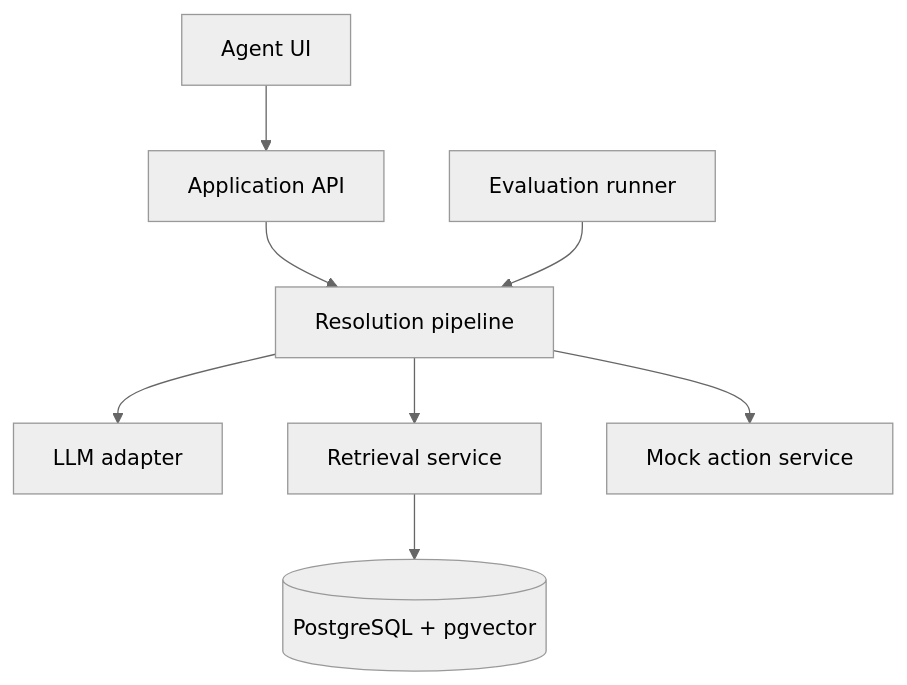
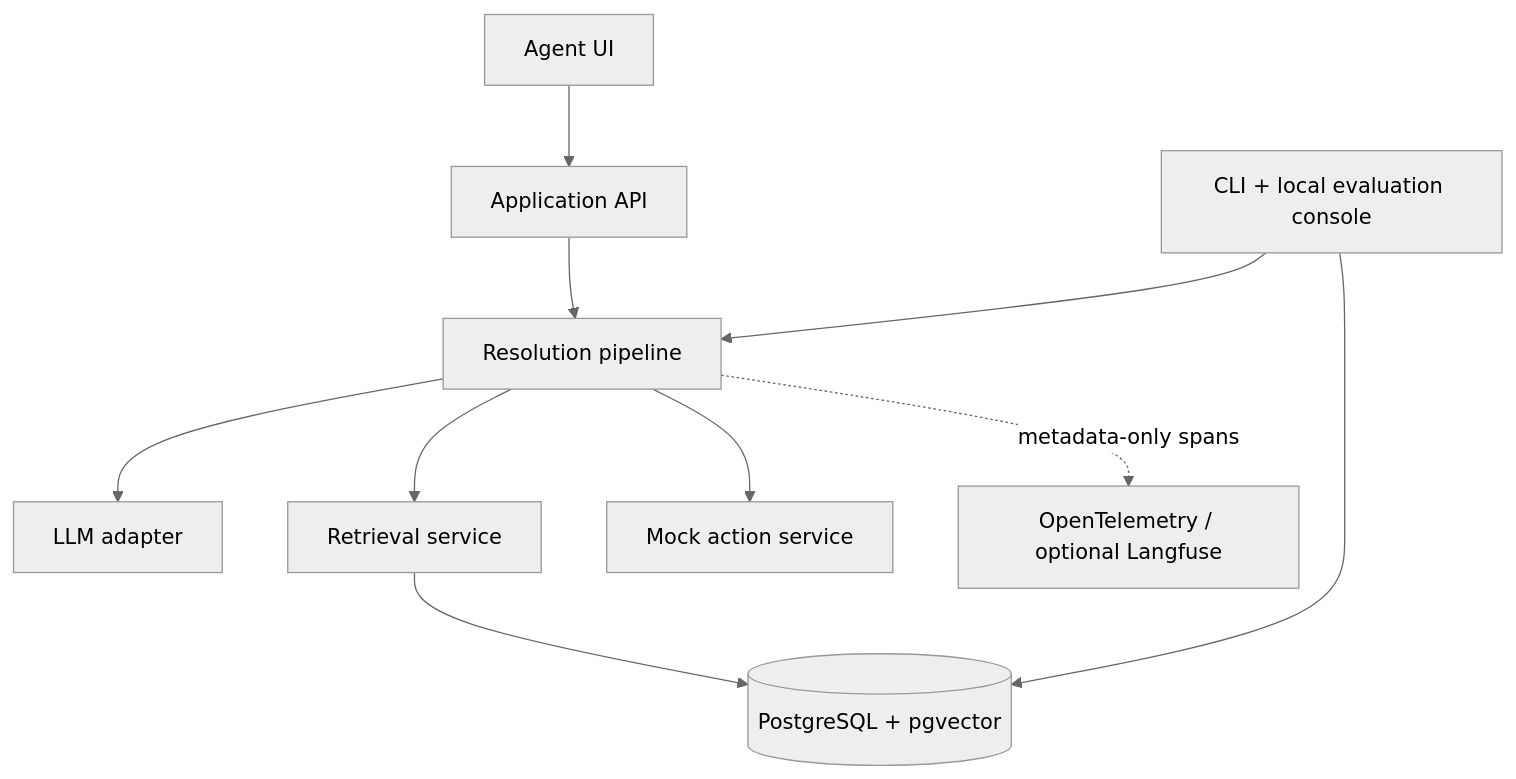
One commit to hamdi-ben-yaflah/AI-Support-Ticket-Resolution changed the first of 2 diagrams in docs/ai-support-copilot-technical-spec.md. Above: the diagram before and after it, drawn with Mermaid (neutral theme). The commit also changed other lines of this file and 7 other files, not shown here.

````diff
--- a/docs/ai-support-copilot-technical-spec.md
+++ b/docs/ai-support-copilot-technical-spec.md
@@ -31,10 +34,12 @@
 ```mermaid
 flowchart TD
     UI["Agent UI"] --> API["Application API"]
     API --> PIPE["Resolution pipeline"]
     PIPE --> LLM["LLM adapter"]
     PIPE --> RET["Retrieval service"]
     RET --> DB[("PostgreSQL + pgvector")]
     PIPE --> TOOL["Mock action service"]
-    EVAL["Evaluation runner"] --> PIPE
+    EVAL["CLI + local evaluation console"] --> PIPE
+    EVAL --> DB
+    PIPE -. "metadata-only spans" .-> OTEL["OpenTelemetry / optional Langfuse"]
 ```
````
